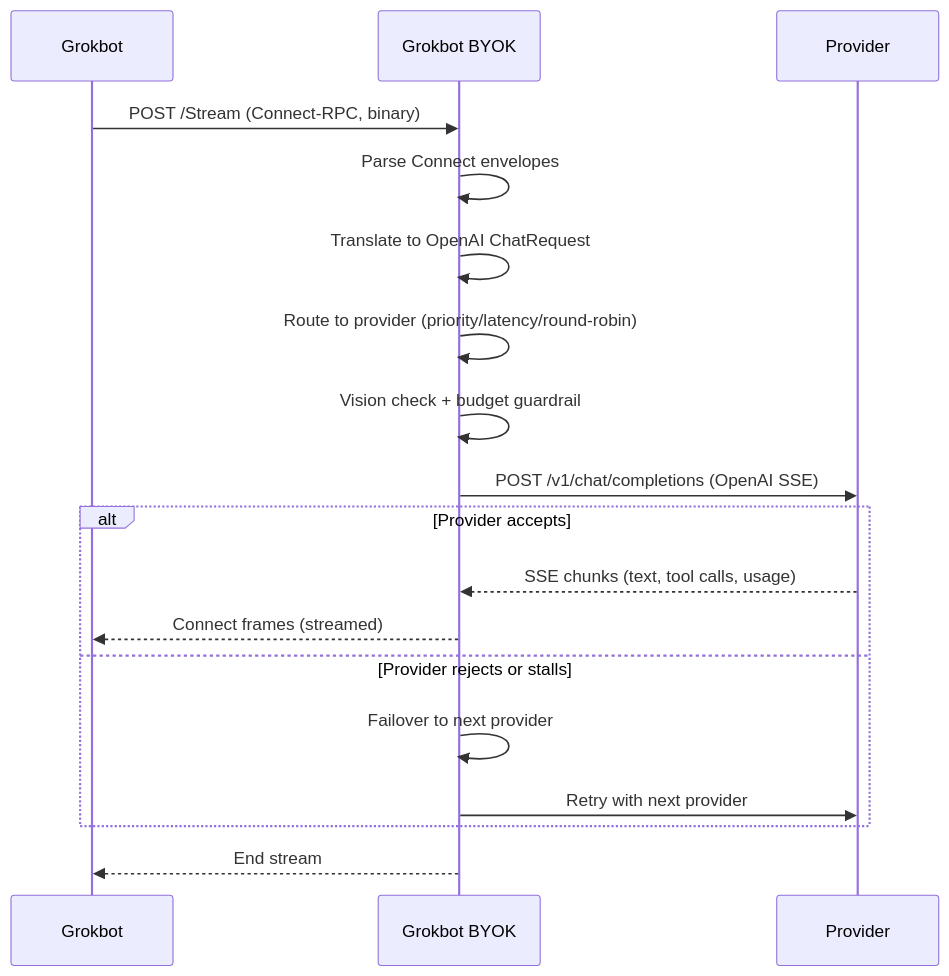
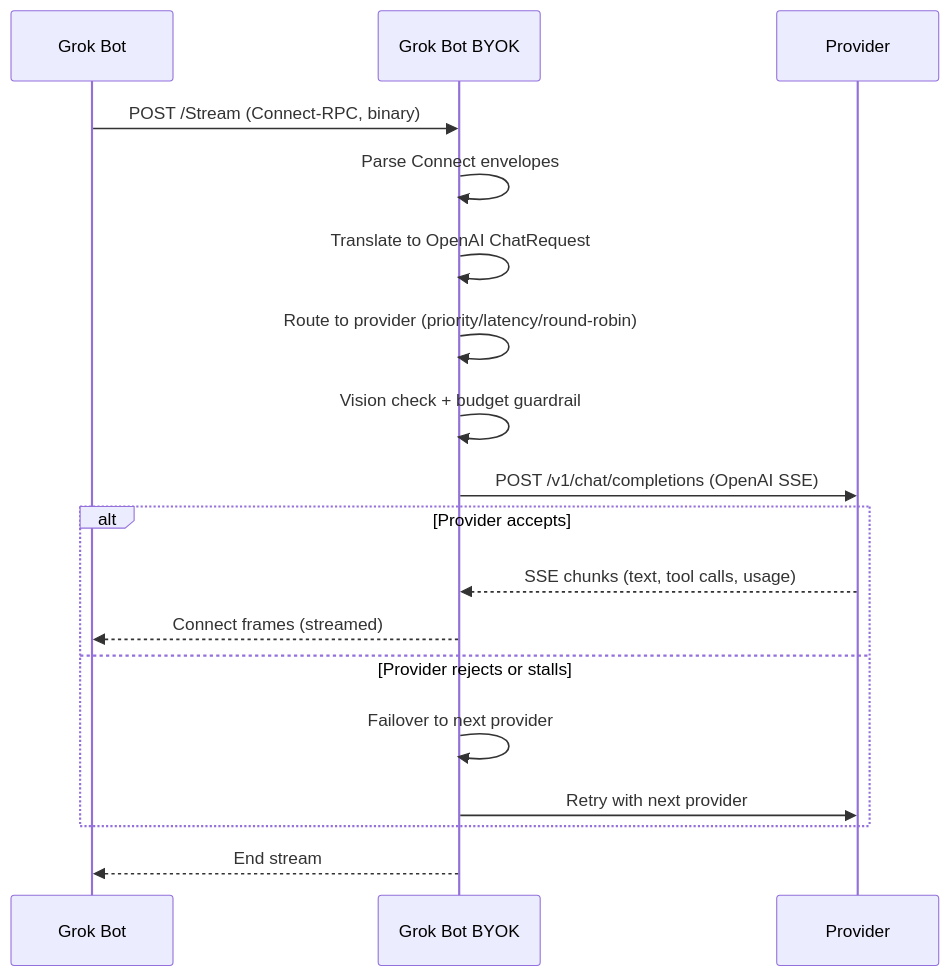
Before and after one commit to jroth1111/grokbot-BYOK: the second of 3 diagrams in README.md, drawn with Mermaid. The commit also changed other lines of this file, not shown here.

First line of the commit message:
Rename Grokbot to Grok Bot throughout README

````diff
--- a/README.md
+++ b/README.md
@@ -166,21 +166,21 @@
 ```mermaid
 sequenceDiagram
-    participant C as Grokbot
-    participant S as Grokbot BYOK
+    participant C as Grok Bot
+    participant S as Grok Bot BYOK
     participant P as Provider
 
     C->>S: POST /Stream (Connect-RPC, binary)
     S->>S: Parse Connect envelopes
     S->>S: Translate to OpenAI ChatRequest
     S->>S: Route to provider (priority/latency/round-robin)
     S->>S: Vision check + budget guardrail
     S->>P: POST /v1/chat/completions (OpenAI SSE)
     alt Provider accepts
         P-->>S: SSE chunks (text, tool calls, usage)
         S-->>C: Connect frames (streamed)
     else Provider rejects or stalls
         S->>S: Failover to next provider
         S->>P: Retry with next provider
     end
     S-->>C: End stream
 ```
````
